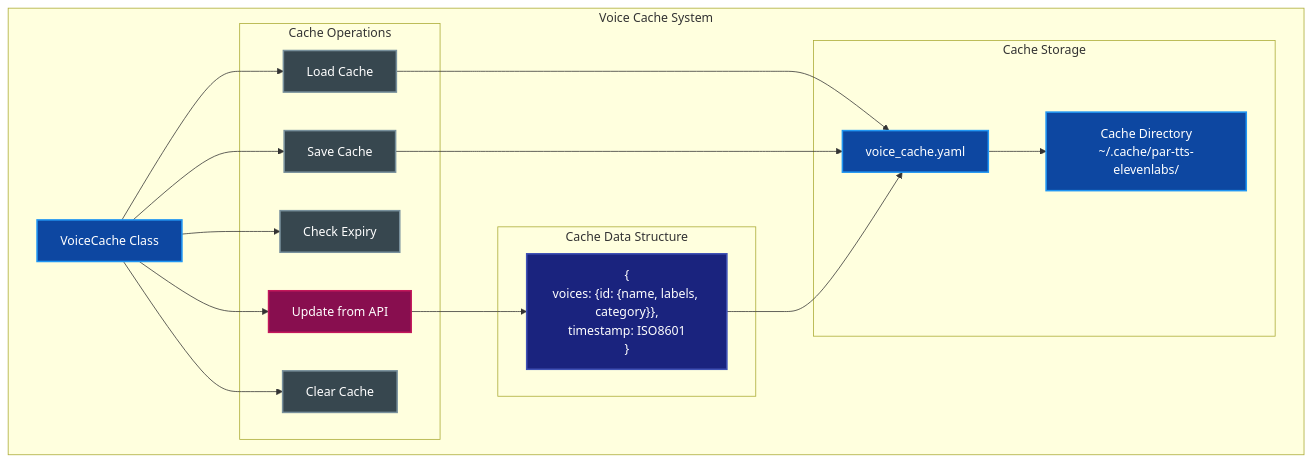
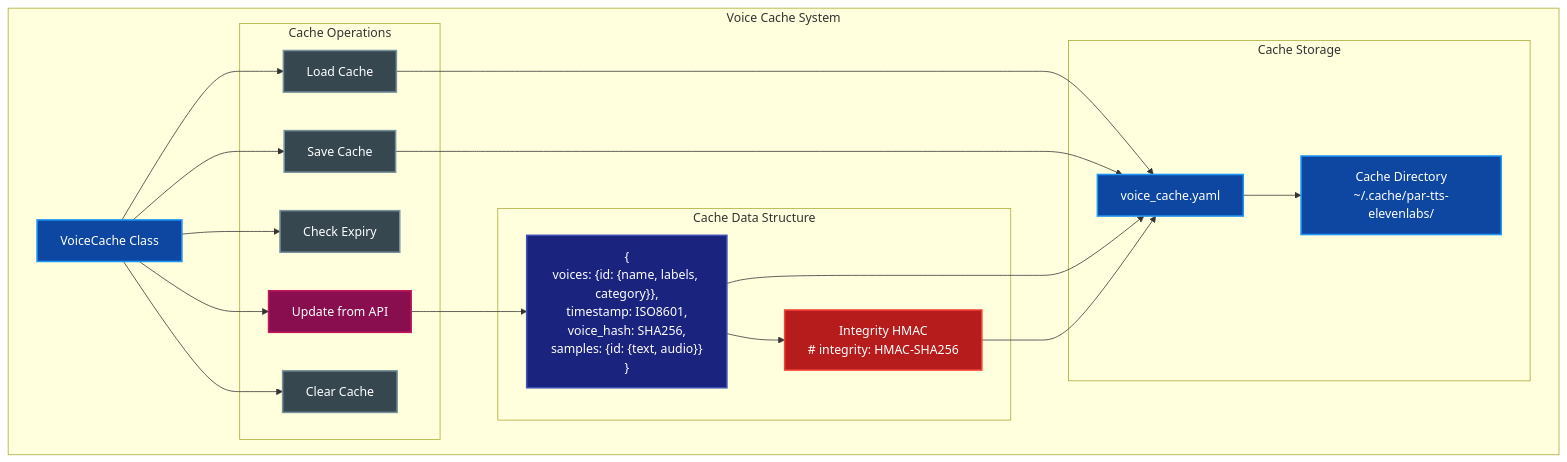
One commit to paulrobello/par-cli-tts changed the sixth of 20 diagrams in docs/ARCHITECTURE.md. Above: the diagram before and after it, drawn with Mermaid. The commit also changed other lines of this file, not shown here.

First line of the commit message:
docs: sync ARCHITECTURE.md with post-remediation codebase

````diff
--- a/docs/ARCHITECTURE.md
+++ b/docs/ARCHITECTURE.md
@@ -663,45 +670,49 @@
 ```mermaid
 graph TB
     subgraph "Voice Cache System"
         VC[VoiceCache Class]
 
         subgraph "Cache Storage"
             DIR[Cache Directory<br/>~/.cache/par-tts-elevenlabs/]
             FILE[voice_cache.yaml]
         end
 
         subgraph "Cache Operations"
             LOAD[Load Cache]
             SAVE[Save Cache]
             EXPIRE[Check Expiry]
             UPDATE[Update from API]
             CLEAR[Clear Cache]
         end
 
         subgraph "Cache Data Structure"
-            DATA["{<br/>voices: {id: {name, labels, category}},<br/>timestamp: ISO8601<br/>}"]
+            DATA["{<br/>voices: {id: {name, labels, category}},<br/>timestamp: ISO8601,<br/>voice_hash: SHA256,<br/>samples: {id: {text, audio}}<br/>}"]
+            HMAC[Integrity HMAC<br/># integrity: HMAC-SHA256]
         end
     end
 
     VC --> LOAD
     VC --> SAVE
     VC --> EXPIRE
     VC --> UPDATE
     VC --> CLEAR
 
     LOAD --> FILE
     SAVE --> FILE
     UPDATE --> DATA
     DATA --> FILE
+    DATA --> HMAC
+    HMAC --> FILE
     FILE --> DIR
 
     style VC fill:#0d47a1,stroke:#2196f3,stroke-width:2px,color:#ffffff
     style DIR fill:#0d47a1,stroke:#2196f3,stroke-width:2px,color:#ffffff
     style FILE fill:#0d47a1,stroke:#2196f3,stroke-width:2px,color:#ffffff
     style LOAD fill:#37474f,stroke:#78909c,stroke-width:2px,color:#ffffff
     style SAVE fill:#37474f,stroke:#78909c,stroke-width:2px,color:#ffffff
     style EXPIRE fill:#37474f,stroke:#78909c,stroke-width:2px,color:#ffffff
     style UPDATE fill:#880e4f,stroke:#c2185b,stroke-width:2px,color:#ffffff
     style CLEAR fill:#37474f,stroke:#78909c,stroke-width:2px,color:#ffffff
     style DATA fill:#1a237e,stroke:#3f51b5,stroke-width:2px,color:#ffffff
+    style HMAC fill:#b71c1c,stroke:#f44336,stroke-width:2px,color:#ffffff
 ```
````
